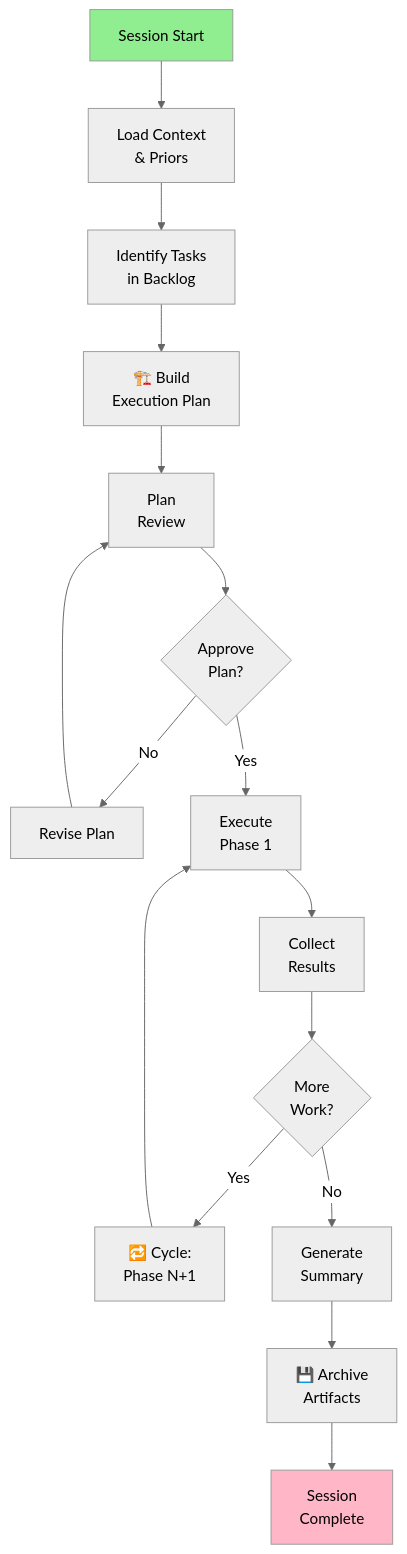
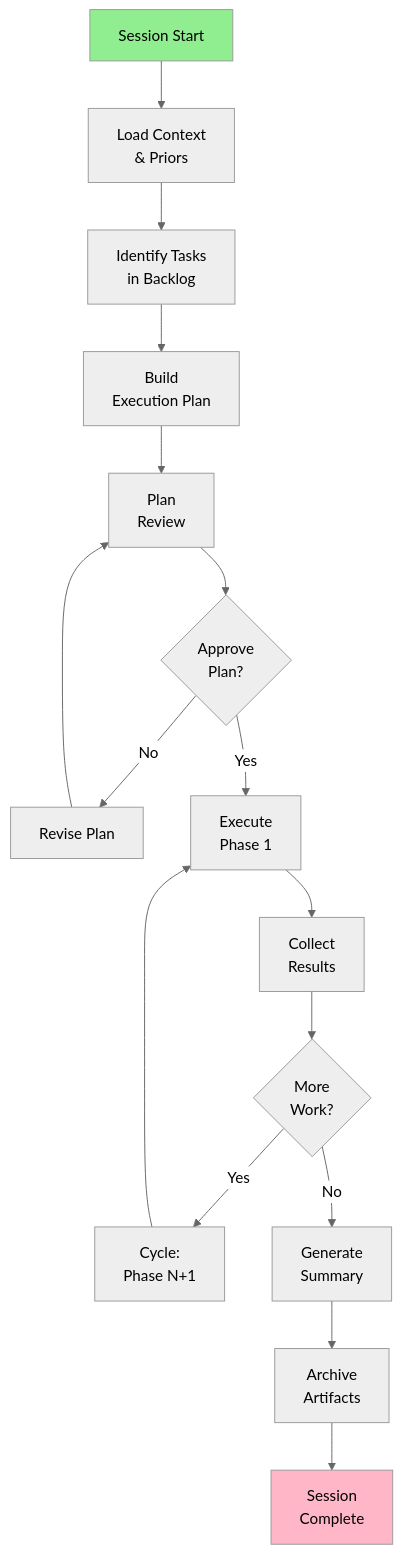
Before and after one commit to Aries-Serpent/_codex_: the eighth of 10 diagrams in docs/agent/CUSTOM_AGENT_COORDINATION_WORKFLOWS.md, drawn with Mermaid (neutral theme). The commit also changed other lines of this file and 4117 other files, not shown here.

````diff
--- a/docs/agent/CUSTOM_AGENT_COORDINATION_WORKFLOWS.md
+++ b/docs/agent/CUSTOM_AGENT_COORDINATION_WORKFLOWS.md
@@ -359,33 +473,36 @@
 ```mermaid
 graph TD
-    A[" Session Start"] --> B[" Load Context<br/>& Priors"]
 
-    B --> C[" Identify Tasks<br/>in Backlog"]
+ A[" Session Start"] --> B[" Load Context<br/>& Priors"]
 
-    C --> D["🏗️ Build<br/>Execution Plan"]
+ B --> C[" Identify Tasks<br/>in Backlog"]
 
-    D --> E[" Plan<br/>Review"]
+ C --> D[" Build<br/>Execution Plan"]
 
-    E --> F{"Approve<br/>Plan?"}
+ D --> E[" Plan<br/>Review"]
 
-    F -->|No| G[" Revise Plan"]
-    G --> E
+ E --> F{"Approve<br/>Plan?"}
 
-    F -->|Yes| H[" Execute<br/>Phase 1"]
+ F -->|No| G[" Revise Plan"]
 
-    H --> I[" Collect<br/>Results"]
+ G --> E
 
-    I --> J{"More<br/>Work?"}
+ F -->|Yes| H[" Execute<br/>Phase 1"]
 
-    J -->|Yes| K["🔁 Cycle:<br/>Phase N+1"]
-    K --> H
+ H --> I[" Collect<br/>Results"]
 
-    J -->|No| L[" Generate<br/>Summary"]
+ I --> J{"More<br/>Work?"}
 
-    L --> M["💾 Archive<br/>Artifacts"]
+ J -->|Yes| K[" Cycle:<br/>Phase N+1"]
 
-    M --> N[" Session<br/>Complete"]
+ K --> H
 
-    style A fill:#90EE90
-    style N fill:#FFB6C6
+ J -->|No| L[" Generate<br/>Summary"]
+
+ L --> M[" Archive<br/>Artifacts"]
+
+ M --> N[" Session<br/>Complete"]
+
+ style A fill:#90EE90
+ style N fill:#FFB6C6
 ```
````
